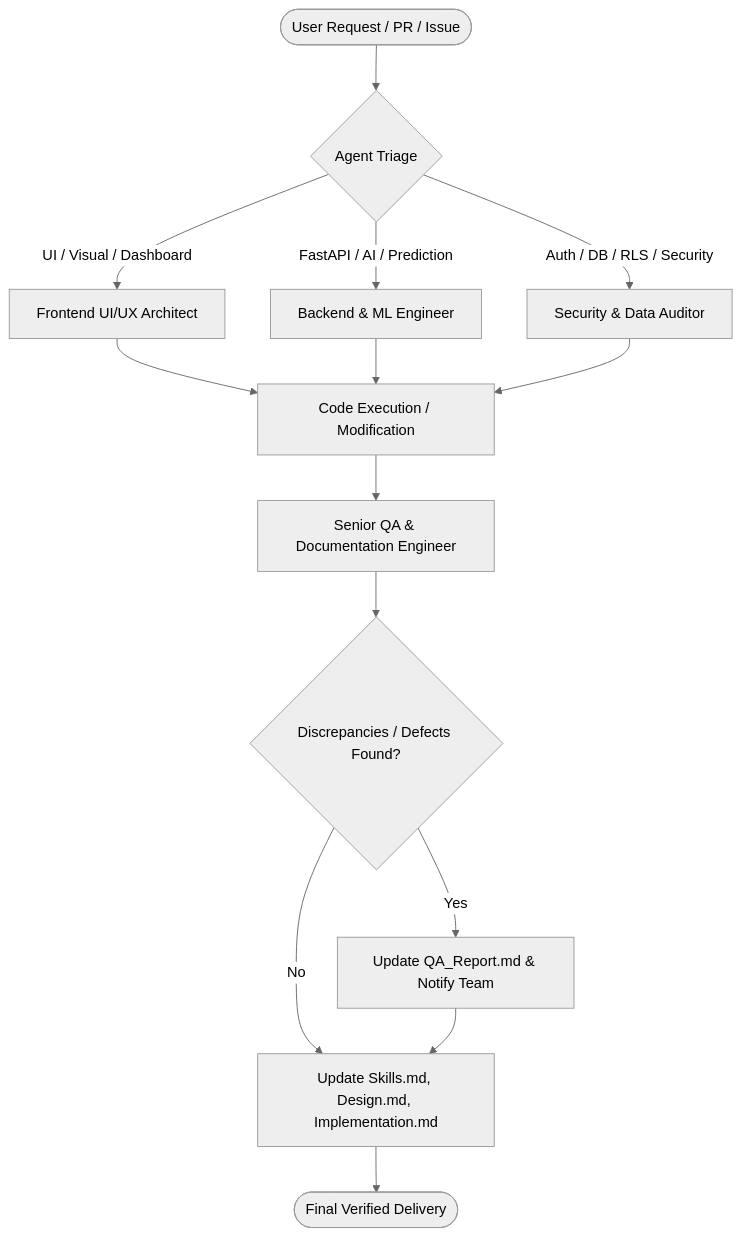
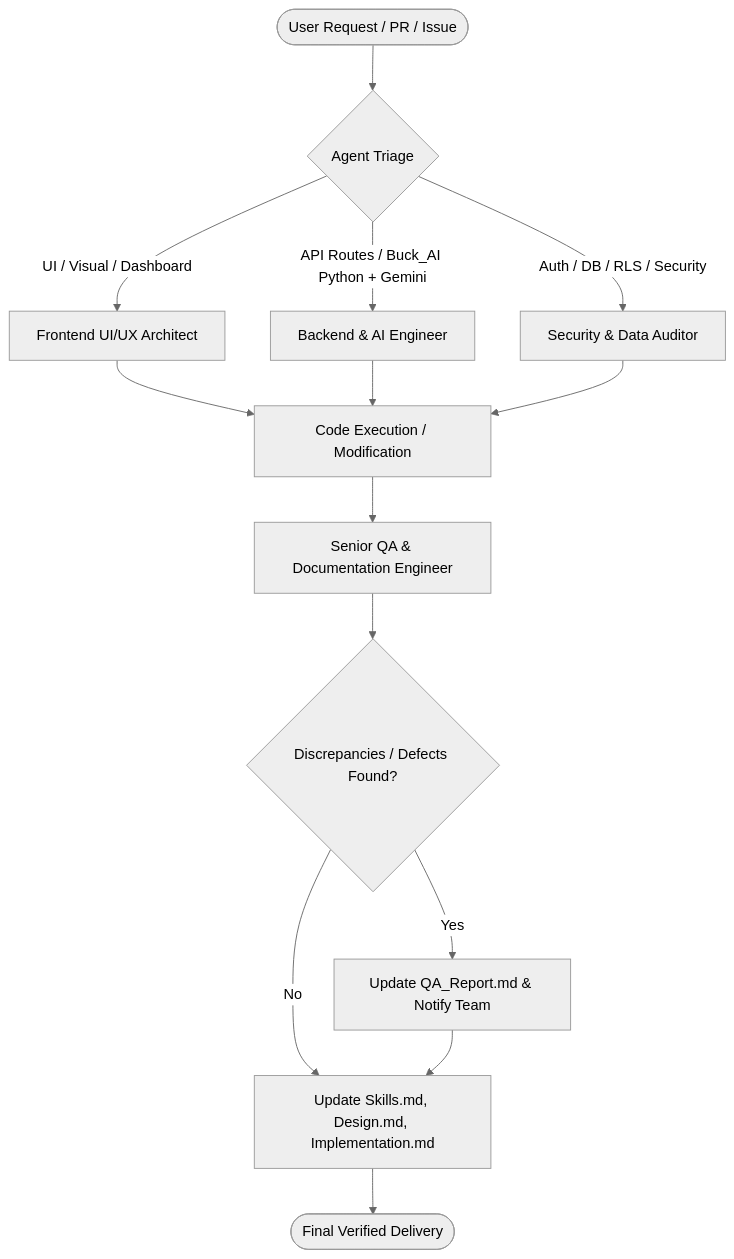
One commit to Scorch879/Buck-Web-Application changed the diagram in Agents.md. Above: the diagram before and after it, drawn with Mermaid (neutral theme). The commit also changed other lines of this file and 85 other files, not shown here.

First line of the commit message:
feat(ai): Buck_AI Python service with Gemini AI Financial Advisor

````diff
--- a/Agents.md
+++ b/Agents.md
@@ -106,21 +105,21 @@
 ```mermaid
 flowchart TD
     UserRequest([User Request / PR / Issue]) --> Triage{Agent Triage}
     
     Triage -->|UI / Visual / Dashboard| FrontendAgent[Frontend UI/UX Architect]
-    Triage -->|FastAPI / AI / Prediction| BackendAgent[Backend & ML Engineer]
+    Triage -->|API Routes / Buck_AI Python + Gemini| BackendAgent[Backend & AI Engineer]
     Triage -->|Auth / DB / RLS / Security| SecurityAgent[Security & Data Auditor]
     
     FrontendAgent --> CodeReview[Code Execution / Modification]
     BackendAgent --> CodeReview
     SecurityAgent --> CodeReview
     
     CodeReview --> QAAgent[Senior QA & Documentation Engineer]
     QAAgent --> AuditCheck{Discrepancies / Defects Found?}
     
     AuditCheck -->|Yes| LogDefect[Update QA_Report.md & Notify Team]
     AuditCheck -->|No| SyncDocs[Update Skills.md, Design.md, Implementation.md]
     
     LogDefect --> SyncDocs
     SyncDocs --> Complete([Final Verified Delivery])
 ```
````
